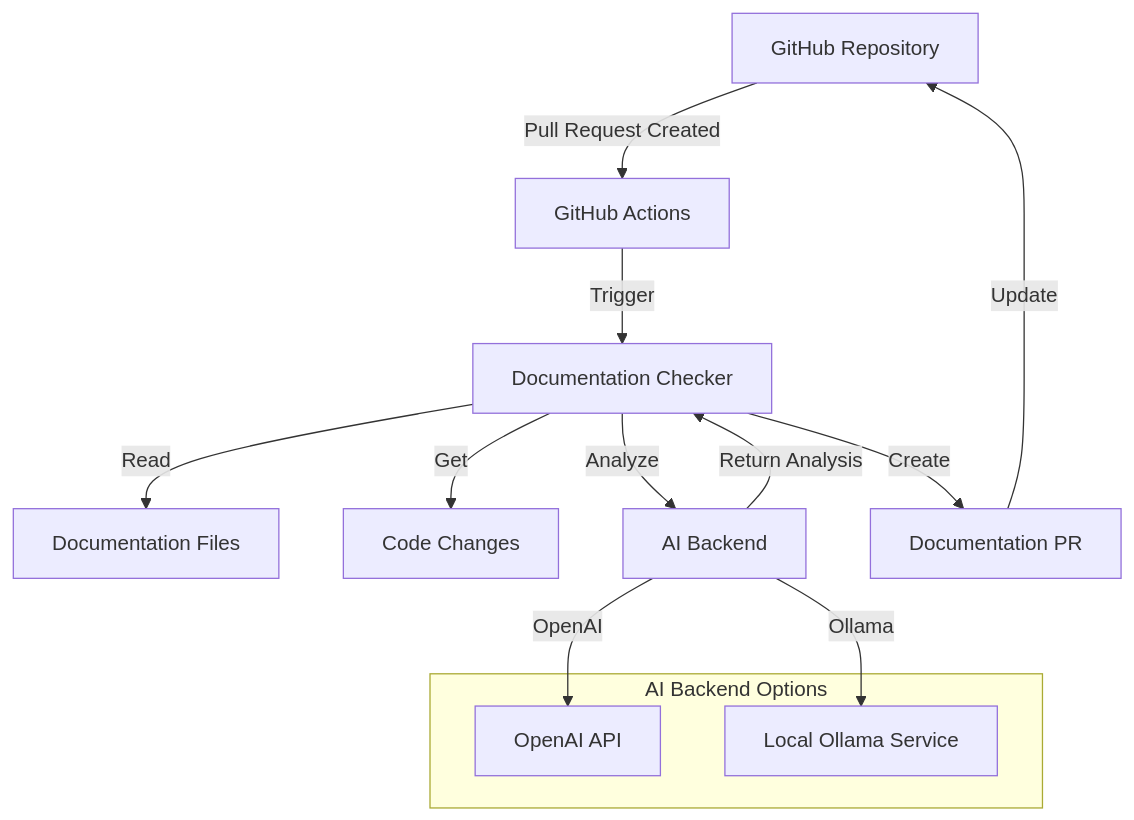
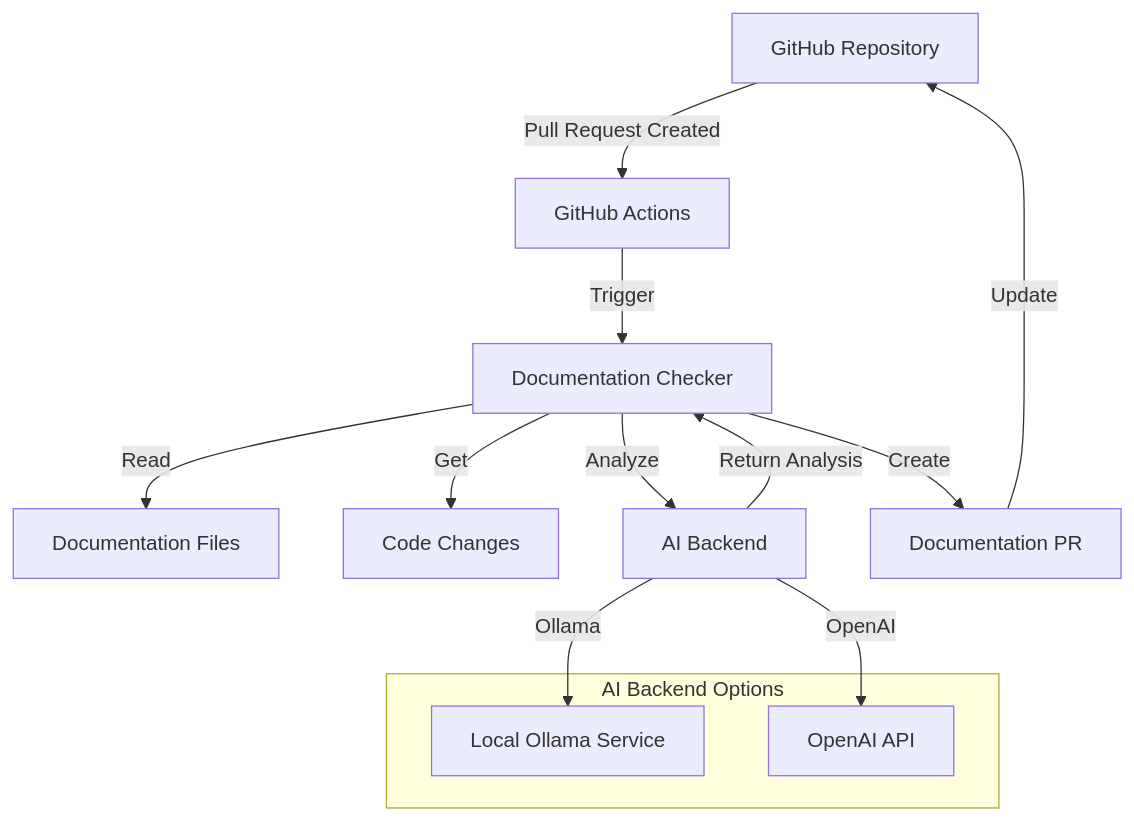
The diagram in README.md (thekubernaut/DocTor), drawn with Mermaid before and after one commit. The commit also changed other lines of this file and 1 other file, not shown here.

Commit message:
Make Ollama the default backend and de-emphasize OpenAI

````diff
--- a/README.md
+++ b/README.md
@@ -7,18 +7,18 @@
 ```mermaid
 graph TD
     A[GitHub Repository] -->|Pull Request Created| B[GitHub Actions]
     B -->|Trigger| C[Documentation Checker]
     C -->|Read| D[Documentation Files]
     C -->|Get| E[Code Changes]
     C -->|Analyze| F[AI Backend]
+    F -->|Ollama| H[Local Ollama Service]
     F -->|OpenAI| G[OpenAI API]
-    F -->|Ollama| H[Local Ollama Service]
     F -->|Return Analysis| C
     C -->|Create| I[Documentation PR]
     I -->|Update| A
 
     subgraph AI Backend Options
+        H
         G
-        H
     end
 ```
````
